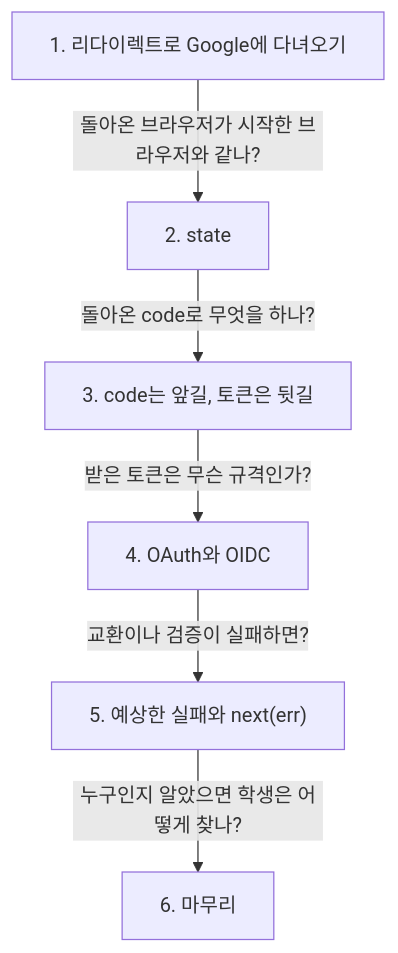
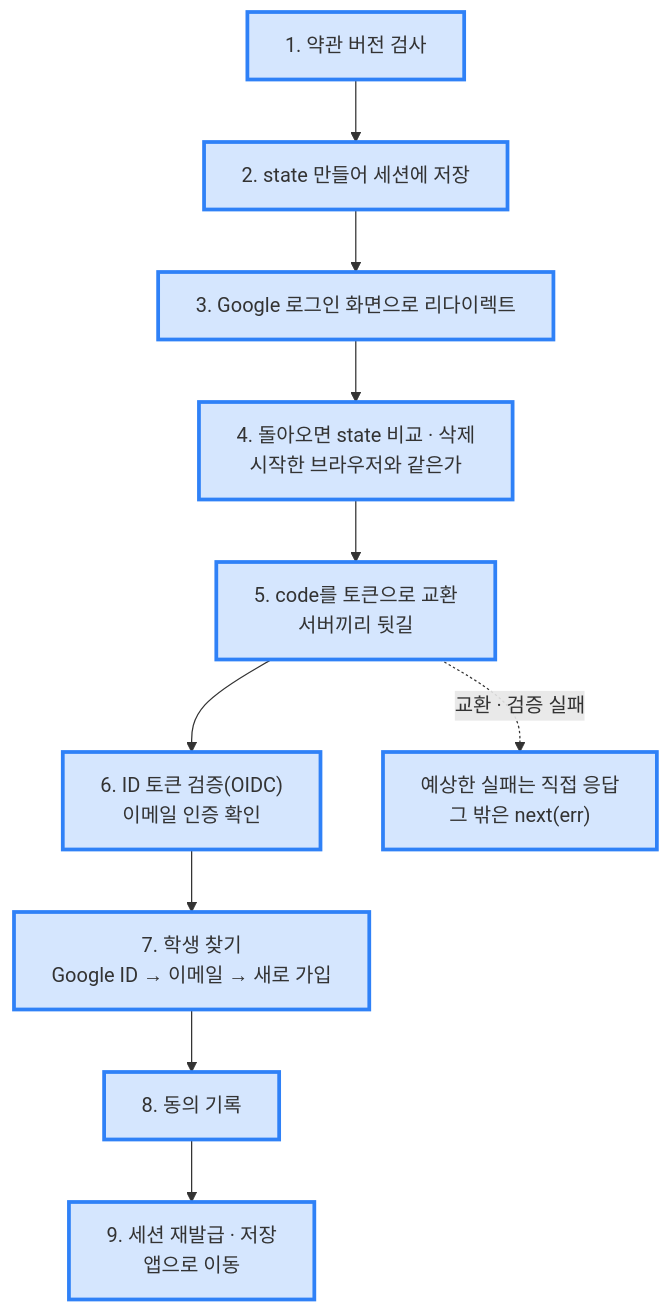
The first of 2 diagrams in 2026/November/11-12.md (ChildrenAon/TIL), drawn with Mermaid before and after one commit. The commit also changed other lines of this file, not shown here.

Commit message:
[ONE Student] Google 로그인 [JavaScript] 클래스와 객체 · 객체 구조분해
고침: 학습 순서 흐름을 기능 전체 흐름 도식으로 바꿈

````diff
--- a/2026/November/11-12.md
+++ b/2026/November/11-12.md
@@ -19,9 +19,12 @@
 ```mermaid
 %%{init: {"flowchart": {"wrappingWidth": 600}, "themeCSS": ".edgeLabel div { display: table-cell !important; width: auto !important; max-width: none !important; white-space: nowrap !important; } .edgeLabel p { padding: 5px 12px !important; margin: 0 !important; background: #55555599; } .edgeLabel, .edgeLabel span, .edgeLabel .labelBkg { background: transparent !important; }"}}%%
 flowchart TD
-  A["1. 리다이렉트로 Google에 다녀오기"] -->|"돌아온 브라우저가 시작한 브라우저와 같나?"| B["2. state"]
-  B -->|"돌아온 code로 무엇을 하나?"| C["3. code는 앞길, 토큰은 뒷길"]
-  C -->|"받은 토큰은 무슨 규격인가?"| D["4. OAuth와 OIDC"]
-  D -->|"교환이나 검증이 실패하면?"| E["5. 예상한 실패와 next(err)"]
-  E -->|"누구인지 알았으면 학생은 어떻게 찾나?"| F["6. 마무리"]
+  A["1. 약관 버전 검사"] --> B["2. state 만들어 세션에 저장"]
+  B --> C["3. Google 로그인 화면으로 리다이렉트"] --> D["4. 돌아오면 state 비교 · 삭제<br/>시작한 브라우저와 같은가"]
+  D --> E["5. code를 토큰으로 교환<br/>서버끼리 뒷길"] --> F["6. ID 토큰 검증(OIDC)<br/>이메일 인증 확인"]
+  F --> G["7. 학생 찾기<br/>Google ID → 이메일 → 새로 가입"] --> H["8. 동의 기록"]
+  H --> I["9. 세션 재발급 · 저장<br/>앱으로 이동"]
+  E -.->|"교환 · 검증 실패"| ERR["예상한 실패는 직접 응답<br/>그 밖은 next(err)"]
+  classDef seen fill:#2f81f733,stroke:#2f81f7,stroke-width:3px
+  class A,B,C,D,E,F,G,H,I,ERR seen
 ```
````
